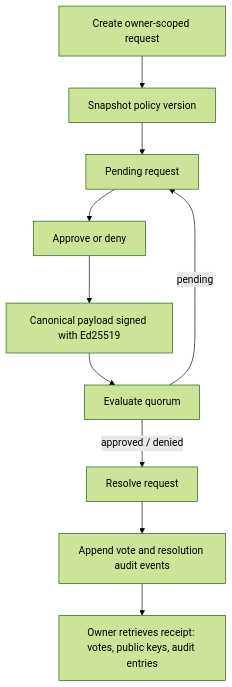
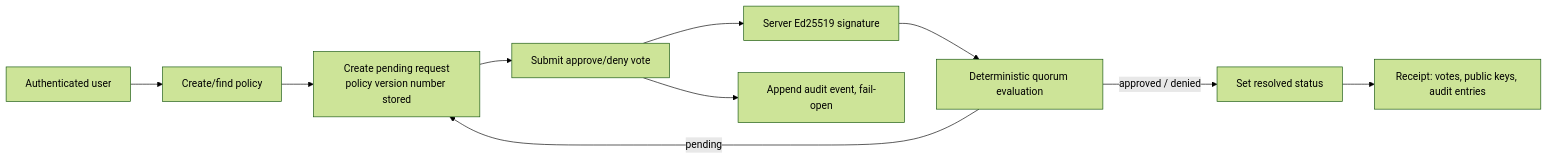
Before and after one commit to Kushh-Santhosh/TRUSTLINE: the fifth of 6 diagrams in README.md, drawn with Mermaid (forest theme). The commit also changed other lines of this file and 12 other files, not shown here.

````diff
--- a/README.md
+++ b/README.md
@@ -180,12 +277,12 @@
 ```mermaid
-flowchart TD
-  Create[Create owner-scoped request] --> Policy[Snapshot policy version]
-  Policy --> Pending[Pending request]
-  Pending --> Vote[Approve or deny]
-  Vote --> Sign[Canonical payload signed with Ed25519]
-  Sign --> Quorum[Evaluate quorum]
-  Quorum -->|pending| Pending
-  Quorum -->|approved / denied| Resolve[Resolve request]
-  Resolve --> Audit[Append vote and resolution audit events]
-  Audit --> Receipt[Owner retrieves receipt: votes, public keys, audit entries]
+flowchart LR
+  C[Authenticated user] --> P[Create/find policy]
+  P --> R[Create pending request\npolicy version number stored]
+  R --> V[Submit approve/deny vote]
+  V --> SIG[Server Ed25519 signature]
+  SIG --> Q[Deterministic quorum evaluation]
+  Q -->|pending| R
+  Q -->|approved / denied| RES[Set resolved status]
+  V --> AUD[Append audit event, fail-open]
+  RES --> REC[Receipt: votes, public keys, audit entries]
 ```
````
